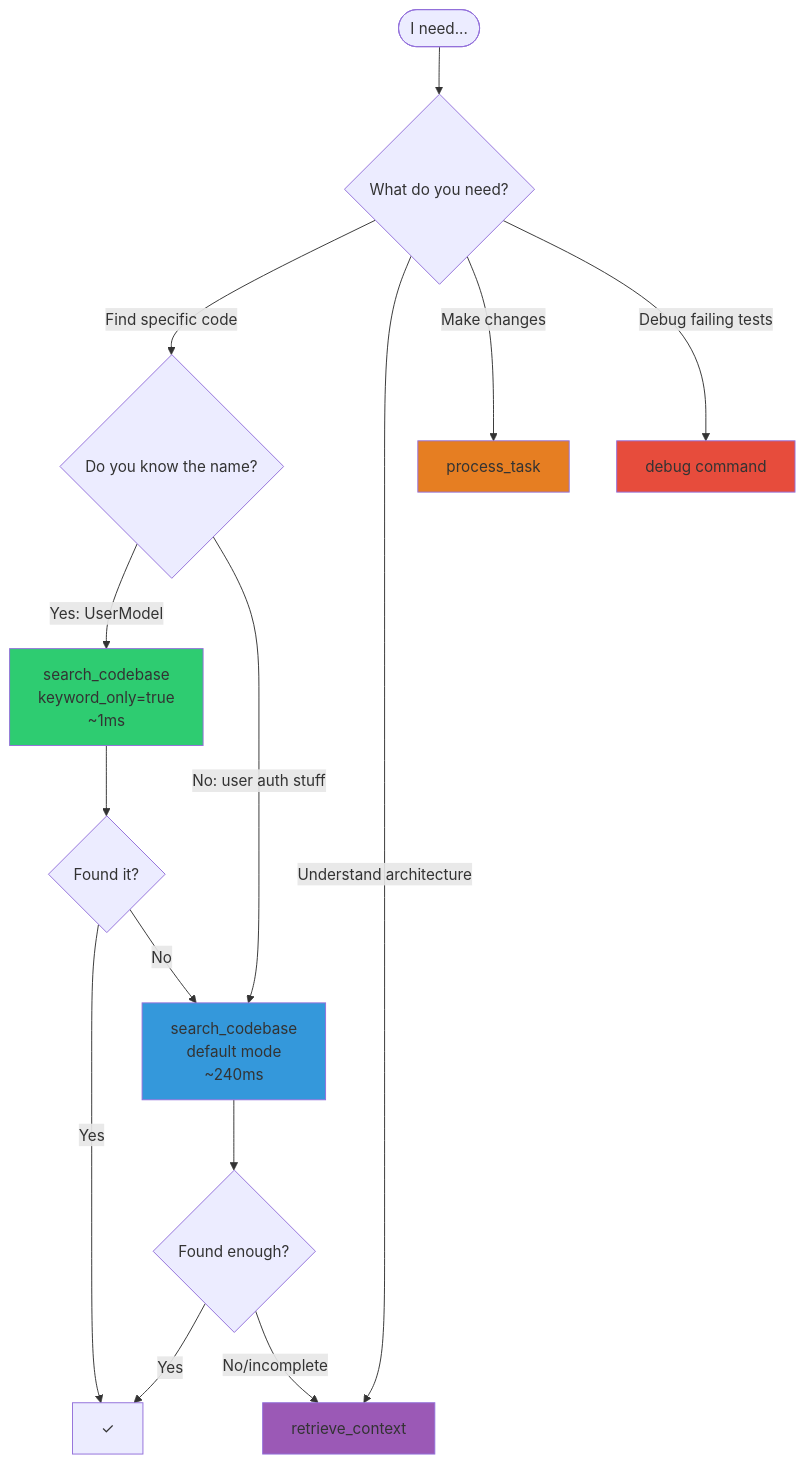
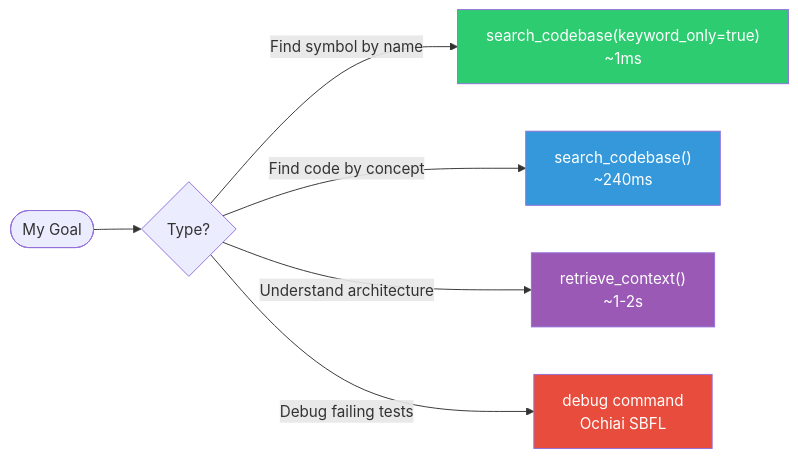
The diagram in README.md (Of-Arte/swarm-orchestrator-mcp-deprecated-), drawn with Mermaid before and after one commit. The commit also changed other lines of this file and 29 other files, not shown here.

Commit message:
feat: Add comprehensive human-facing documentation and update the architecture to v3.4.

````diff
--- a/README.md
+++ b/README.md
@@ -57,26 +94,14 @@
 ```mermaid
-flowchart TD
-    Start([I need...]) --> Q1{What do you need?}
-    
-    Q1 -->|Find specific code| Q2{Do you know the name?}
-    Q1 -->|Understand architecture| HippoRAG[retrieve_context]
-    Q1 -->|Make changes| Process[process_task]
-    Q1 -->|Debug failing tests| SBFL[debug command]
-    
-    Q2 -->|Yes: UserModel| Keyword[search_codebase<br/>keyword_only=true<br/>~1ms]
-    Q2 -->|No: user auth stuff| Semantic[search_codebase<br/>default mode<br/>~240ms]
-    
-    Semantic --> Q3{Found enough?}
-    Q3 -->|Yes| Done[✓]
-    Q3 -->|No/incomplete| HippoRAG
-    
-    Keyword --> Q4{Found it?}
-    Q4 -->|Yes| Done
-    Q4 -->|No| Semantic
-    
-    style Keyword fill:#2ecc71
-    style Semantic fill:#3498db
-    style HippoRAG fill:#9b59b6
-    style Process fill:#e67e22
-    style SBFL fill:#e74c3c
+flowchart LR
+    Start([My Goal]) --> Q1{Type?}
+
+    Q1 -->|Find symbol by name| A["search_codebase(keyword_only=true)<br/>~1ms"]
+    Q1 -->|Find code by concept| B["search_codebase()<br/>~240ms"]
+    Q1 -->|Understand architecture| C["retrieve_context()<br/>~1-2s"]
+    Q1 -->|Debug failing tests| D["debug command<br/>Ochiai SBFL"]
+
+    style A fill:#2ecc71,color:#fff
+    style B fill:#3498db,color:#fff
+    style C fill:#9b59b6,color:#fff
+    style D fill:#e74c3c,color:#fff
 ```
````
